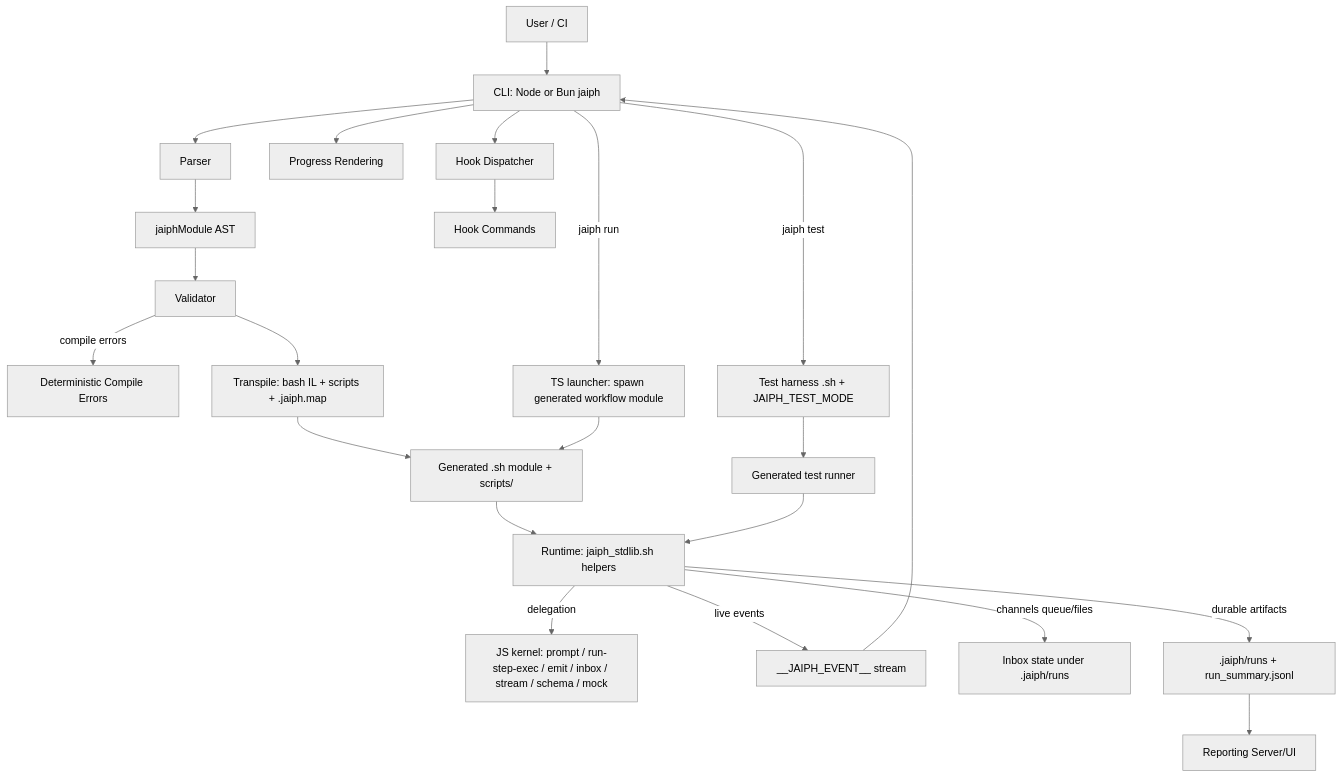
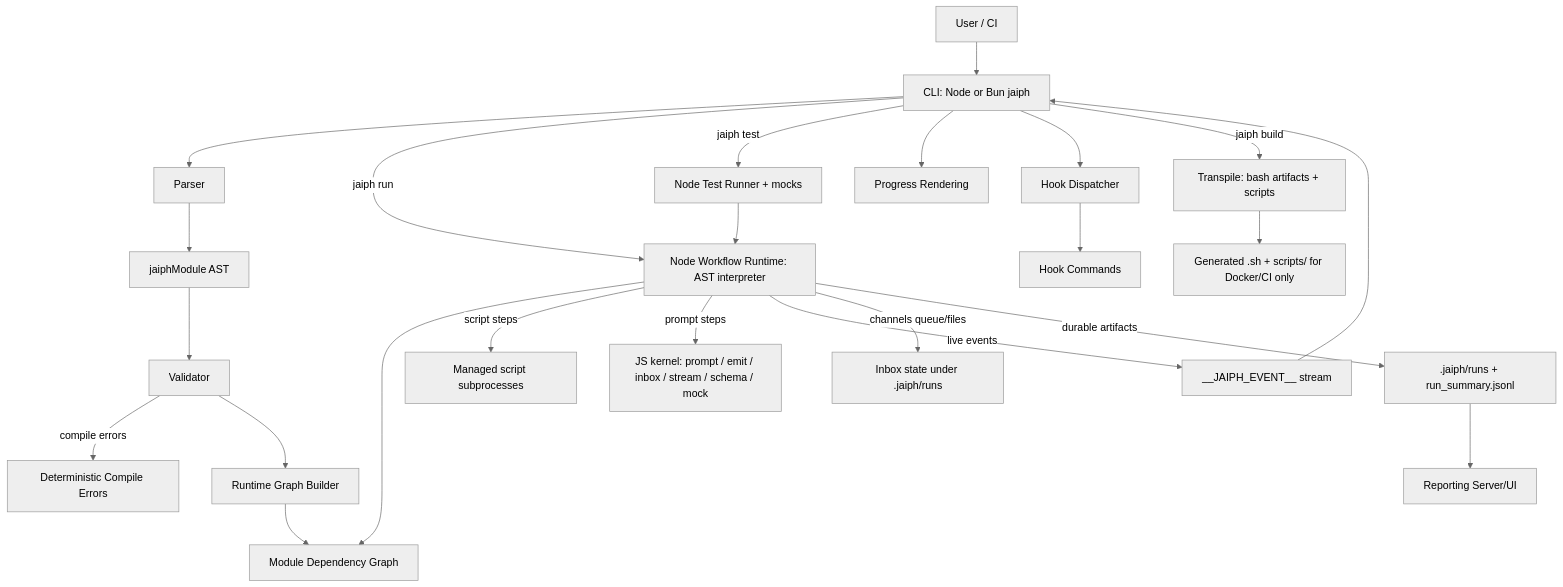
One commit to jaiphlang/jaiph changed the first of 3 diagrams in ARCHITECTURE.md. Above: the diagram before and after it, drawn with Mermaid (neutral theme). The commit also changed other lines of this file and 27 other files, not shown here.

First line of the commit message:
Feat: Add Node-native test runner and remove Bash test transpilation

````diff
--- a/ARCHITECTURE.md
+++ b/ARCHITECTURE.md
@@ -93,32 +96,34 @@
 ```mermaid
 flowchart TD
     U[User / CI] --> CLI[CLI: Node or Bun jaiph]
 
     CLI --> P[Parser]
     P --> AST[jaiphModule AST]
     AST --> V[Validator]
     V -->|compile errors| ERR[Deterministic Compile Errors]
 
-    V --> T1[Transpile: bash IL + scripts + .jaiph.map]
-    T1 --> B1[Generated .sh module + scripts/]
+    V --> G[Runtime Graph Builder]
+    G --> GRAPH[Module Dependency Graph]
 
-    CLI -->|jaiph run| EX[TS launcher: spawn generated workflow module]
-    EX --> B1
-    CLI -->|jaiph test| EX2[Test harness .sh + JAIPH_TEST_MODE]
-    EX2 --> B2[Generated test runner]
+    CLI -->|jaiph run| RT[Node Workflow Runtime: AST interpreter]
+    RT --> GRAPH
+    CLI -->|jaiph test| TR[Node Test Runner + mocks]
+    TR --> RT
 
-    B1 --> RT[Runtime: jaiph_stdlib.sh helpers]
-    B2 --> RT
-    RT -->|delegation| KERNEL[JS kernel: prompt / run-step-exec / emit / inbox / stream / schema / mock]
+    RT -->|script steps| SCRIPT[Managed script subprocesses]
+    RT -->|prompt steps| KERNEL[JS kernel: prompt / emit / inbox / stream / schema / mock]
 
     RT -->|live events| EV["__JAIPH_EVENT__ stream"]
     EV --> CLI
     CLI --> PR[Progress Rendering]
 
     RT -->|channels queue/files| INBOX[Inbox state under .jaiph/runs]
     RT -->|durable artifacts| SUM[.jaiph/runs + run_summary.jsonl]
     SUM --> REP[Reporting Server/UI]
 
     CLI --> HK[Hook Dispatcher]
     HK --> HPROC[Hook Commands]
+
+    CLI -->|jaiph build| T1[Transpile: bash artifacts + scripts]
+    T1 --> B1[Generated .sh + scripts/ for Docker/CI only]
 ```
````
